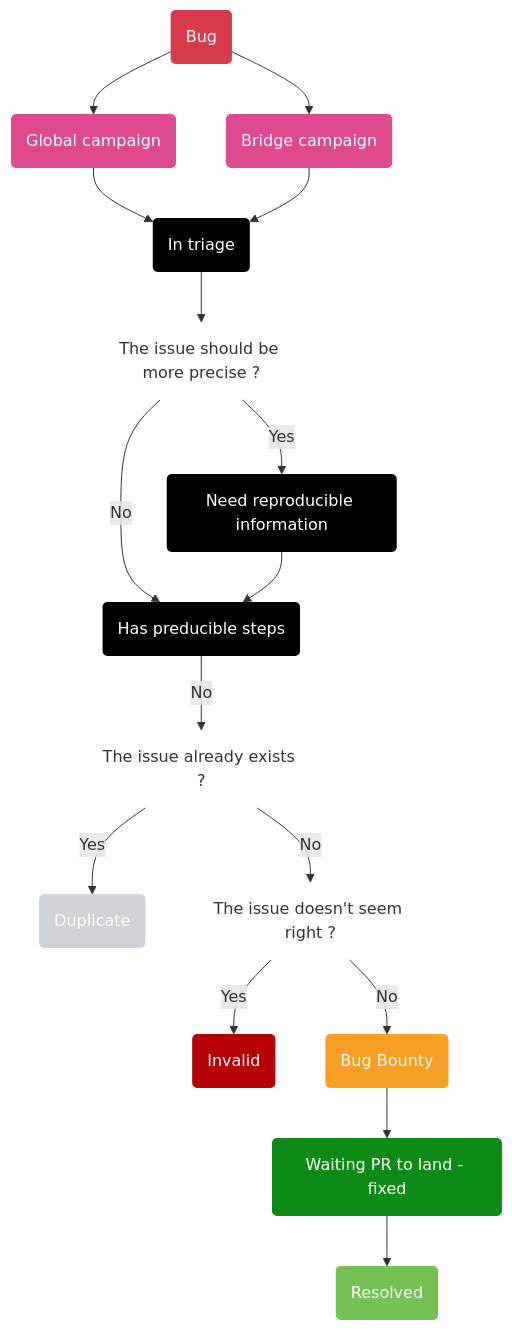
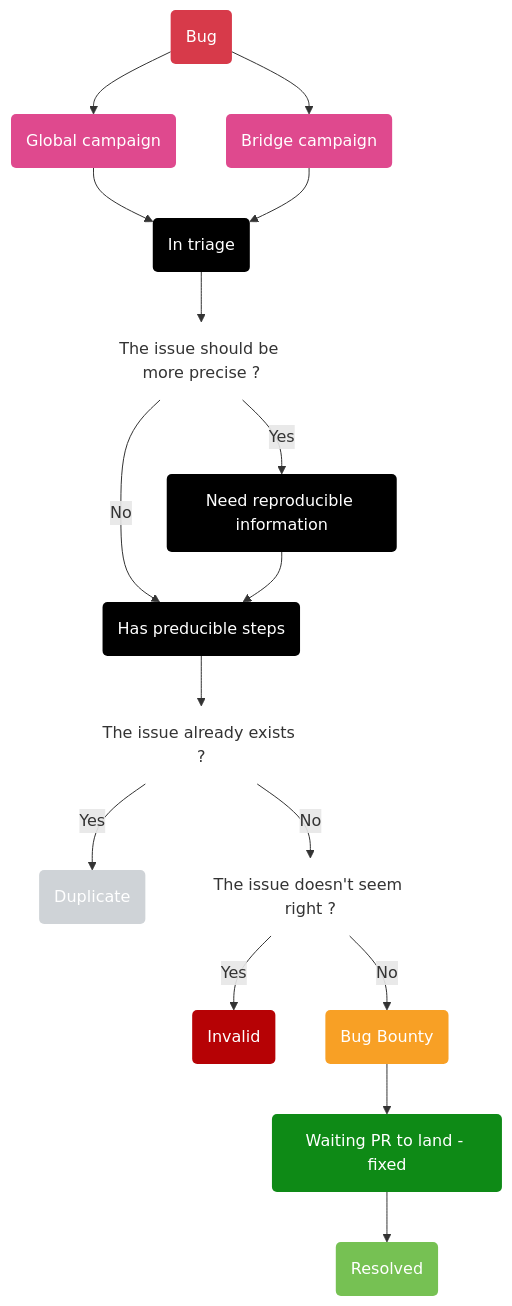
One commit to archethic-foundation/bug-bounty changed the diagram in README.md. Above: the diagram before and after it, drawn with Mermaid.

````diff
--- a/README.md
+++ b/README.md
@@ -18,45 +18,45 @@
 ```mermaid
 flowchart TD
     classDef blackBox fill:#000,color:#fff,stroke: transparent
     classDef bug fill:#d73a4a,color:#fff,stroke: transparent
     classDef transparent fill:transparent,stroke: transparent
     classDef pr fill:#0E8A16,color: #fff,stroke: transparent
     classDef resolved fill:#76C153,color: #fff,stroke: transparent
     classDef invalid fill:#B60205,color: #fff,stroke: transparent
     classDef bounty fill:#F8A025,color:#fff,stroke:transparent
     classDef duplicate fill:#cfd3d7,color:#fff,stroke:transparent
     classDef campaign fill:#DF498E,stroke:transparent,color:#fff
 
     Bug(Bug):::bug
     Triage(In triage):::blackBox
     Precise(The issue should be more precise ?):::transparent
     Reproducible(Has preducible steps):::blackBox
     NeedInfo(Need reproducible information):::blackBox
     AlreadyExists(The issue already exists ?):::transparent
     Duplicate(Duplicate):::duplicate
     NotRight(The issue doesn't seem right ?):::transparent
     Invalid(Invalid):::invalid
     BugBounty(Bug Bounty):::bounty
     WaitingPR(Waiting PR to land - fixed):::pr
     Resolved(Resolved):::resolved
 
     Bug --> GlobalCampaign(Global campaign):::campaign
     Bug --> BridgeCampaign(Bridge campaign):::campaign
 
     GlobalCampaign --> Triage
     BridgeCampaign --> Triage
 
     Triage-->Precise
     Precise --> | No | Reproducible
     Precise --> | Yes | NeedInfo
     NeedInfo --> Reproducible
-    Reproducible --> | No | AlreadyExists
+    Reproducible --> AlreadyExists
 
     AlreadyExists --> | No | NotRight
     AlreadyExists --> | Yes | Duplicate
     NotRight --> | Yes | Invalid
     NotRight --> | No | BugBounty
     
     BugBounty --> WaitingPR
     WaitingPR --> Resolved
 ```
````
